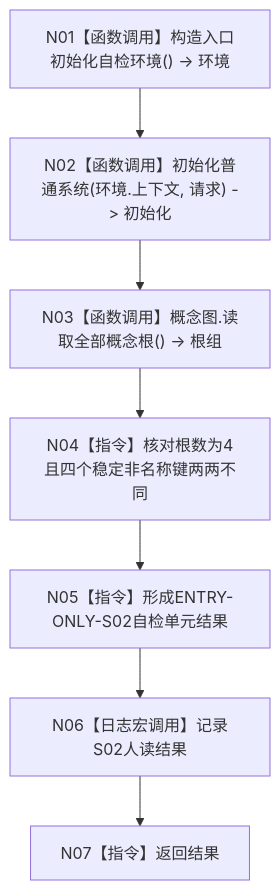
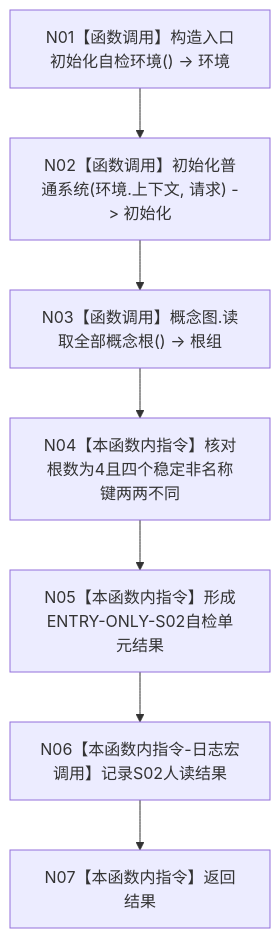
One commit to chunhaizh-cyber/HY-Ego changed the diagram in 流程图/20260726_ENTRY-ONLY_S02_概念图四根唯一_施工流程图_v0.1.md. Above: the diagram before and after it, drawn with Mermaid. The commit also changed other lines of this file and 88 other files, not shown here.

````diff
--- a/流程图/20260726_ENTRY-ONLY_S02_概念图四根唯一_施工流程图_v0.1.md
+++ b/流程图/20260726_ENTRY-ONLY_S02_概念图四根唯一_施工流程图_v0.1.md
@@ -7,9 +27,9 @@
 ```mermaid
 flowchart TD
     N01["N01【函数调用】构造入口初始化自检环境() -> 环境"] --> N02["N02【函数调用】初始化普通系统(环境.上下文, 请求) -> 初始化"]
     N02 --> N03["N03【函数调用】概念图.读取全部概念根() -> 根组"]
-    N03 --> N04["N04【指令】核对根数为4且四个稳定非名称键两两不同"]
-    N04 --> N05["N05【指令】形成ENTRY-ONLY-S02自检单元结果"]
-    N05 --> N06["N06【日志宏调用】记录S02人读结果"]
-    N06 --> N07["N07【指令】返回结果"]
+    N03 --> N04["N04【本函数内指令】核对根数为4且四个稳定非名称键两两不同"]
+    N04 --> N05["N05【本函数内指令】形成ENTRY-ONLY-S02自检单元结果"]
+    N05 --> N06["N06【本函数内指令-日志宏调用】记录S02人读结果"]
+    N06 --> N07["N07【本函数内指令】返回结果"]
 ```
````
